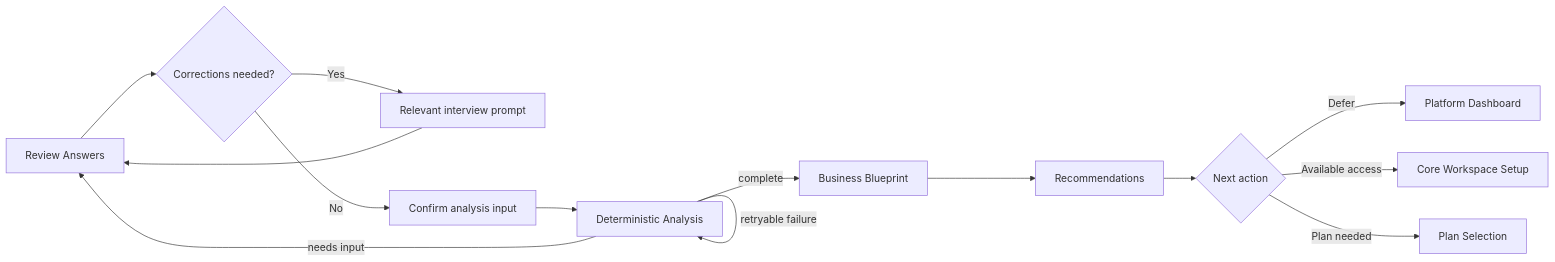
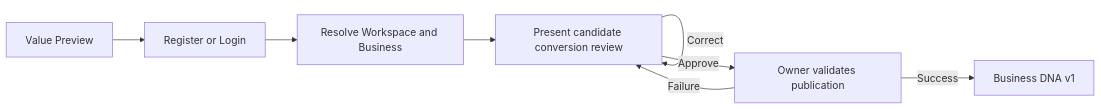
The third of 10 diagrams in docs/03-ui-ux/06-USER-FLOWS.md (Mustafa-1993-commits/nexoraxs-v3), drawn with Mermaid before and after one commit. The commit also changed other lines of this file and 23 other files, not shown here.

````diff
--- a/docs/03-ui-ux/06-USER-FLOWS.md
+++ b/docs/03-ui-ux/06-USER-FLOWS.md
@@ -155,16 +92,10 @@
 ```mermaid
 flowchart LR
-    A[Review Answers] --> B{Corrections needed?}
-    B -->|Yes| C[Relevant interview prompt]
-    C --> A
-    B -->|No| D[Confirm analysis input]
-    D --> E[Deterministic Analysis]
-    E -->|needs input| A
-    E -->|retryable failure| E
-    E -->|complete| F[Business Blueprint]
-    F --> G[Recommendations]
-    G --> H{Next action}
-    H -->|Defer| I[Platform Dashboard]
-    H -->|Available access| J[Core Workspace Setup]
-    H -->|Plan needed| K[Plan Selection]
+  A[Value Preview] --> B[Register or Login]
+  B --> C[Resolve Workspace and Business]
+  C --> D[Present candidate conversion review]
+  D -->|Correct| D
+  D -->|Approve| E[Owner validates publication]
+  E -->|Success| F[Business DNA v1]
+  E -->|Failure| D
 ```
````
